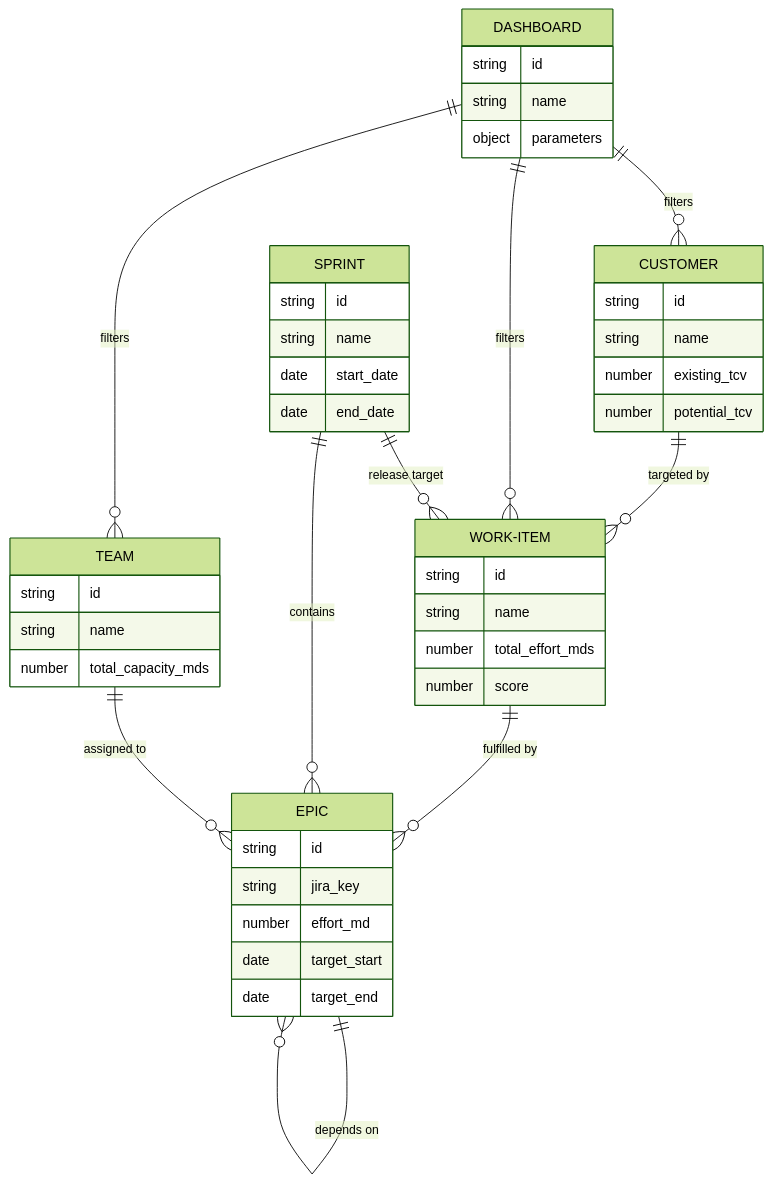
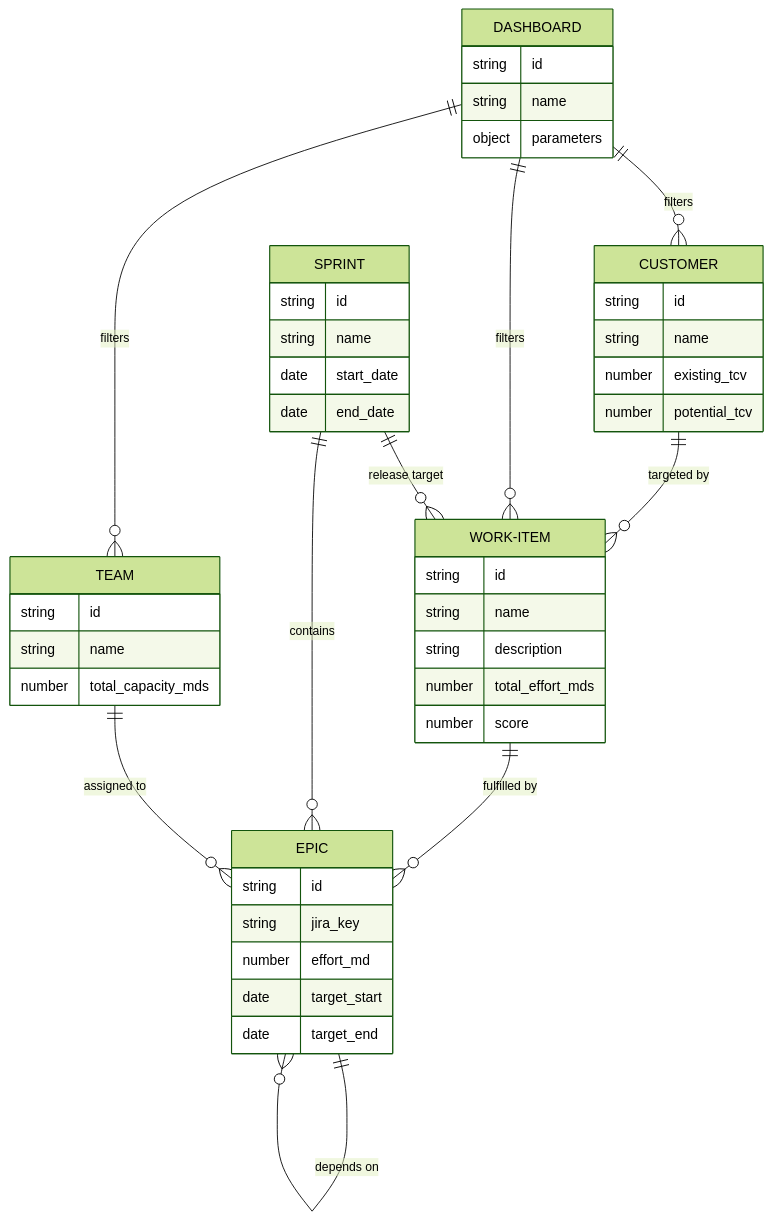
The fifth of 5 diagrams in doc/ARCHITECTURE.md (AlesKracik/ValueStream-DependencyTree), drawn with Mermaid (forest theme) before and after one commit. The commit also changed other lines of this file and 5 other files, not shown here.

````diff
--- a/doc/ARCHITECTURE.md
+++ b/doc/ARCHITECTURE.md
@@ -231,48 +236,49 @@
 ```mermaid
 erDiagram
     CUSTOMER {
         string id
         string name
         number existing_tcv
         number potential_tcv
     }
     WORK-ITEM {
         string id
         string name
+        string description
         number total_effort_mds
         number score
     }
     EPIC {
         string id
         string jira_key
         number effort_md
         date target_start
         date target_end
     }
     TEAM {
         string id
         string name
         number total_capacity_mds
     }
     SPRINT {
         string id
         string name
         date start_date
         date end_date
     }
     DASHBOARD {
         string id
         string name
         object parameters
     }
 
     CUSTOMER ||--o{ WORK-ITEM : "targeted by"
     WORK-ITEM ||--o{ EPIC : "fulfilled by"
     TEAM ||--o{ EPIC : "assigned to"
     SPRINT ||--o{ WORK-ITEM : "release target"
     SPRINT ||--o{ EPIC : "contains"
     EPIC ||--o{ EPIC : "depends on"
     DASHBOARD ||--o{ CUSTOMER : "filters"
     DASHBOARD ||--o{ WORK-ITEM : "filters"
     DASHBOARD ||--o{ TEAM : "filters"
 ```
````
